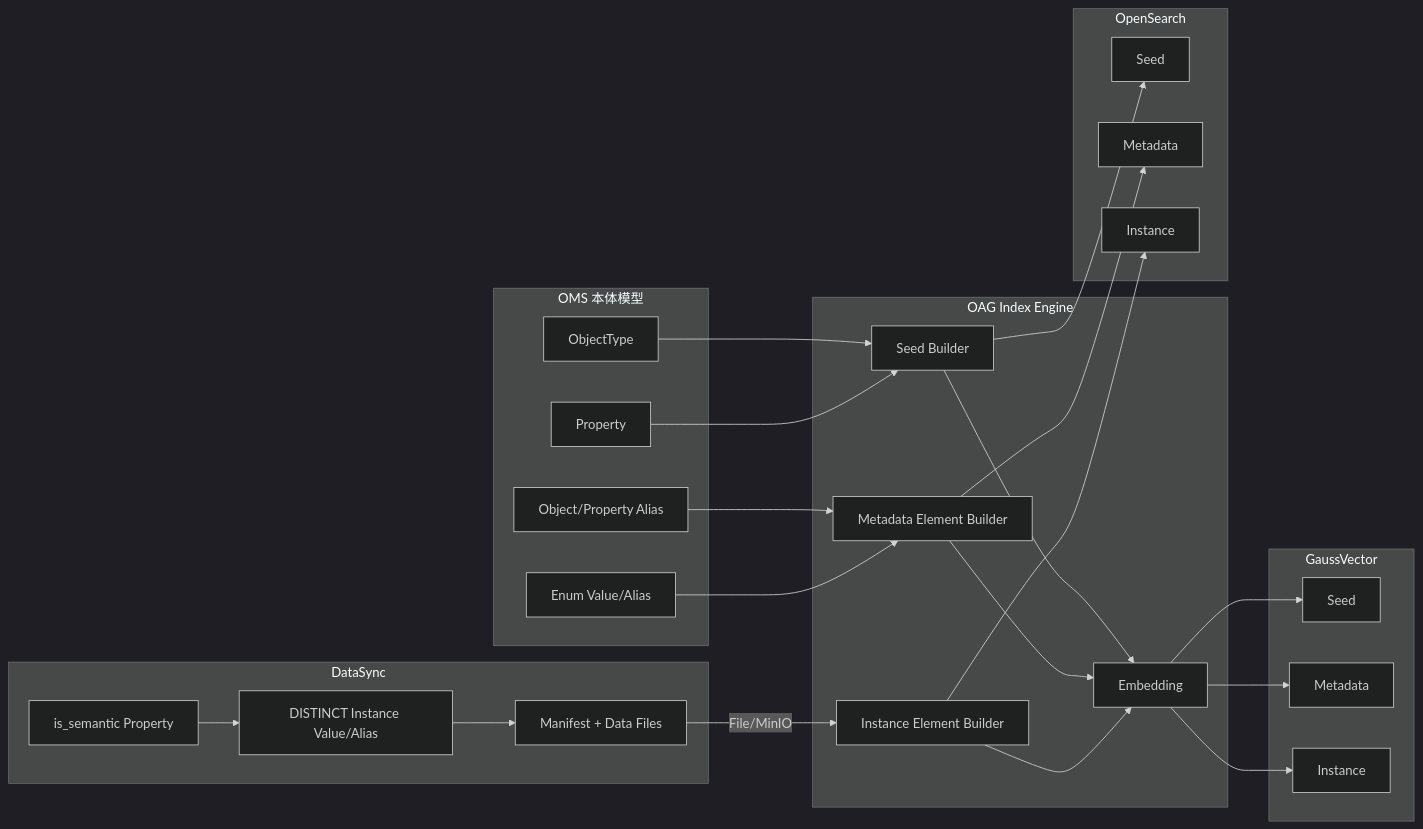
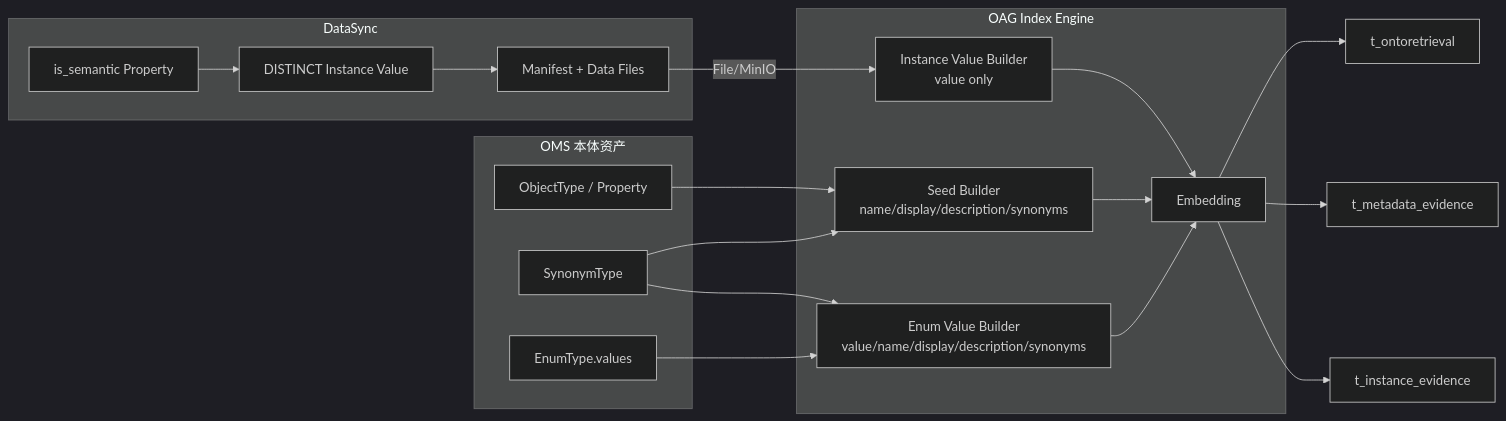
The second of 6 diagrams in docs/OAG本体锚点语义检索与向量索引设计方案.md (cfwl100/onology_dsl), drawn with Mermaid (dark theme) before and after one commit. The commit also changed other lines of this file, not shown here.

````diff
--- a/docs/OAG本体锚点语义检索与向量索引设计方案.md
+++ b/docs/OAG本体锚点语义检索与向量索引设计方案.md
@@ -1333,54 +1193,38 @@
 ```mermaid
 flowchart LR
-    subgraph OMS[OMS 本体模型]
-      OT[ObjectType]
-      P[Property]
-      OA[Object/Property Alias]
-      EN[Enum Value/Alias]
+    subgraph OMS[OMS 本体资产]
+      OT[ObjectType / Property]
+      ST[SynonymType]
+      EN[EnumType.values]
     end
 
     subgraph DS[DataSync]
       SC[is_semantic Property]
-      DV[DISTINCT Instance Value/Alias]
+      DV[DISTINCT Instance Value]
       PKG[Manifest + Data Files]
     end
 
     subgraph OAG[OAG Index Engine]
-      SB[Seed Builder]
-      MB[Metadata Element Builder]
-      IB[Instance Element Builder]
+      SB[Seed Builder<br/>name/display/description/synonyms]
+      MB[Enum Value Builder<br/>value/name/display/description/synonyms]
+      IB[Instance Value Builder<br/>value only]
       EMB[Embedding]
     end
 
-    subgraph GV[GaussVector]
-      GS[Seed]
-      GM[Metadata]
-      GI[Instance]
-    end
-
-    subgraph OS[OpenSearch]
-      OS1[Seed]
-      OM[Metadata]
-      OI[Instance]
-    end
-
     OT --> SB
-    P --> SB
-    OA --> MB
+    ST --> SB
     EN --> MB
+    ST --> MB
 
     SC --> DV
     DV --> PKG
     PKG -->|File/MinIO| IB
 
     SB --> EMB
     MB --> EMB
     IB --> EMB
 
-    EMB --> GS
-    EMB --> GM
-    EMB --> GI
-    SB --> OS1
-    MB --> OM
-    IB --> OI
+    EMB --> GV1[t_ontoretrieval]
+    EMB --> GV2[t_metadata_evidence]
+    EMB --> GV3[t_instance_evidence]
 ```
````
